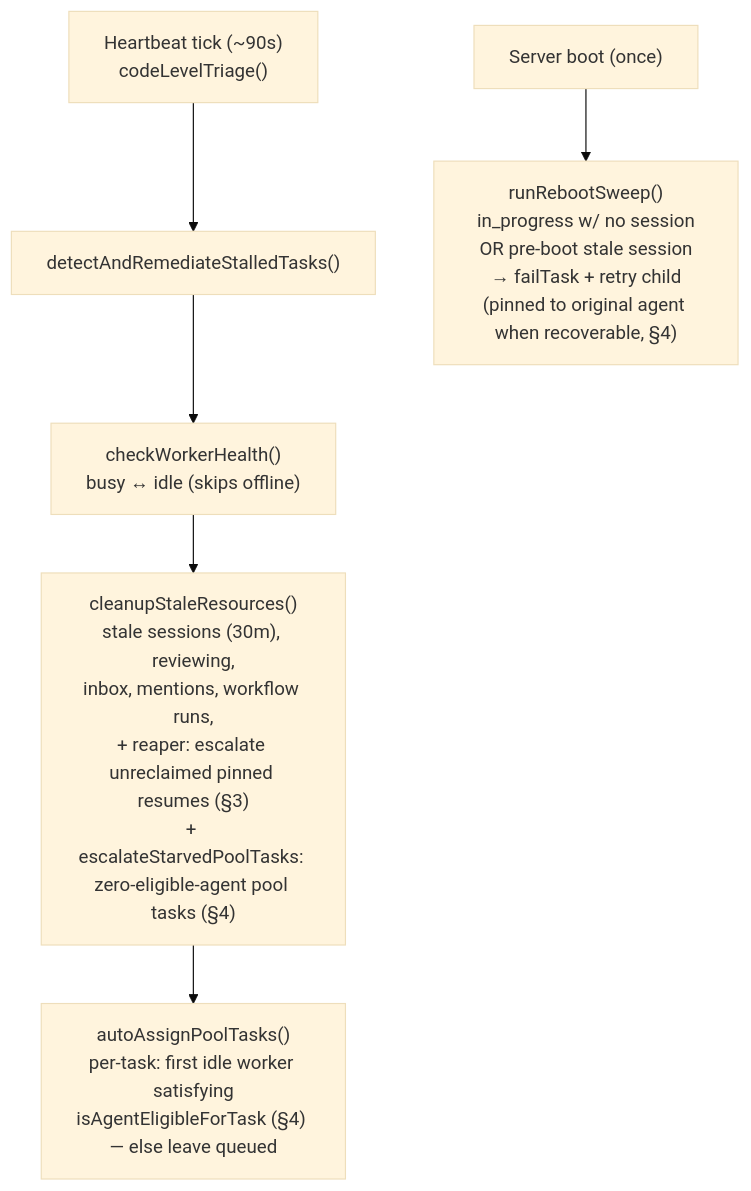
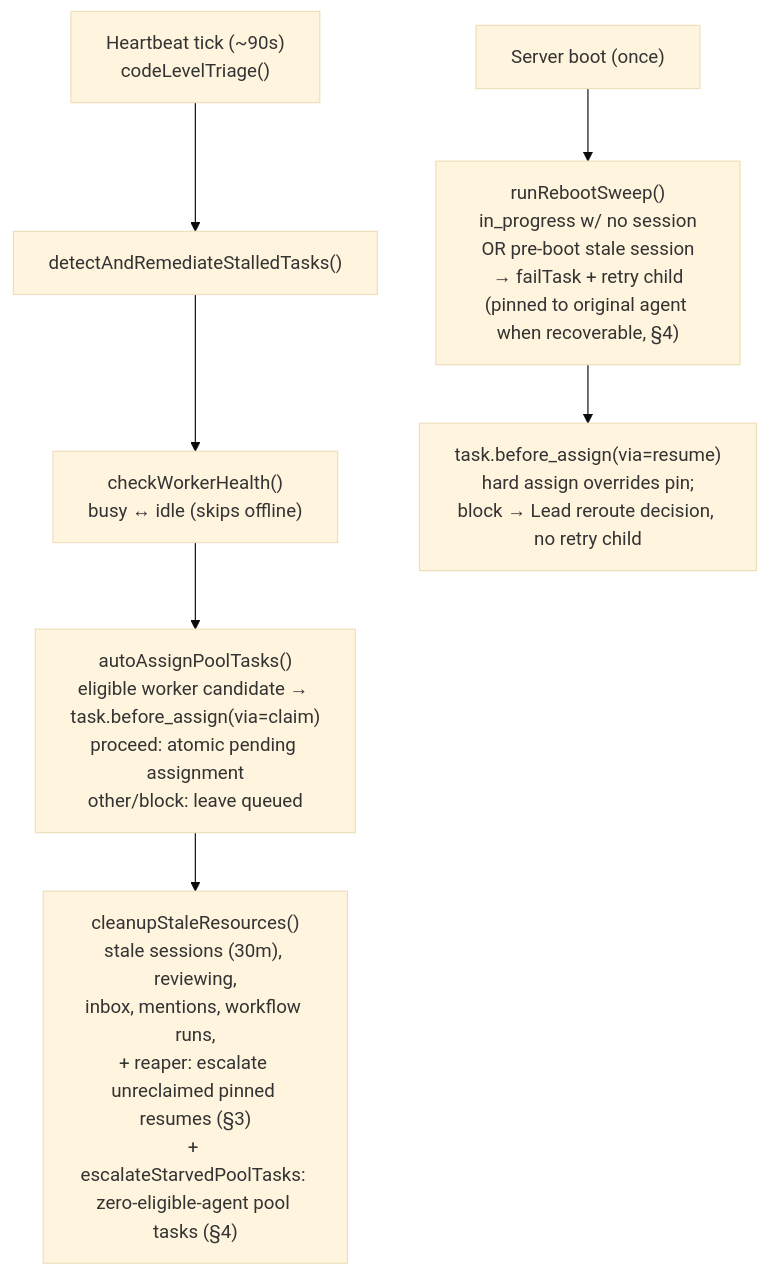
Before and after one commit to desplega-ai/agent-swarm: the first of 4 diagrams in runbooks/heartbeat-crash-recovery.md, drawn with Mermaid (base theme). The commit also changed other lines of this file and 15 other files, not shown here.

First line of the commit message:
[phase 5] claim/resume/completion vias

````diff
--- a/runbooks/heartbeat-crash-recovery.md
+++ b/runbooks/heartbeat-crash-recovery.md
@@ -13,9 +13,10 @@
 ```mermaid
 flowchart TD
   tick["Heartbeat tick (~90s)<br/>codeLevelTriage()"] --> detect["detectAndRemediateStalledTasks()"]
   detect --> health["checkWorkerHealth()<br/>busy ↔ idle (skips offline)"]
-  health --> cleanup["cleanupStaleResources()<br/>stale sessions (30m), reviewing,<br/>inbox, mentions, workflow runs,<br/>+ reaper: escalate unreclaimed pinned resumes (§3)<br/>+ escalateStarvedPoolTasks: zero-eligible-agent pool tasks (§4)"]
-  cleanup --> assign["autoAssignPoolTasks()<br/>per-task: first idle worker satisfying<br/>isAgentEligibleForTask (§4) — else leave queued"]
+  health --> assign["autoAssignPoolTasks()<br/>eligible worker candidate → task.before_assign(via=claim)<br/>proceed: atomic pending assignment<br/>other/block: leave queued"]
+  assign --> cleanup["cleanupStaleResources()<br/>stale sessions (30m), reviewing,<br/>inbox, mentions, workflow runs,<br/>+ reaper: escalate unreclaimed pinned resumes (§3)<br/>+ escalateStarvedPoolTasks: zero-eligible-agent pool tasks (§4)"]
 
   boot["Server boot (once)"] --> reboot["runRebootSweep()<br/>in_progress w/ no session<br/>OR pre-boot stale session<br/>→ failTask + retry child<br/>(pinned to original agent when recoverable, §4)"]
+  reboot --> rebootHook["task.before_assign(via=resume)<br/>hard assign overrides pin;<br/>block → Lead reroute decision, no retry child"]
 ```
````
